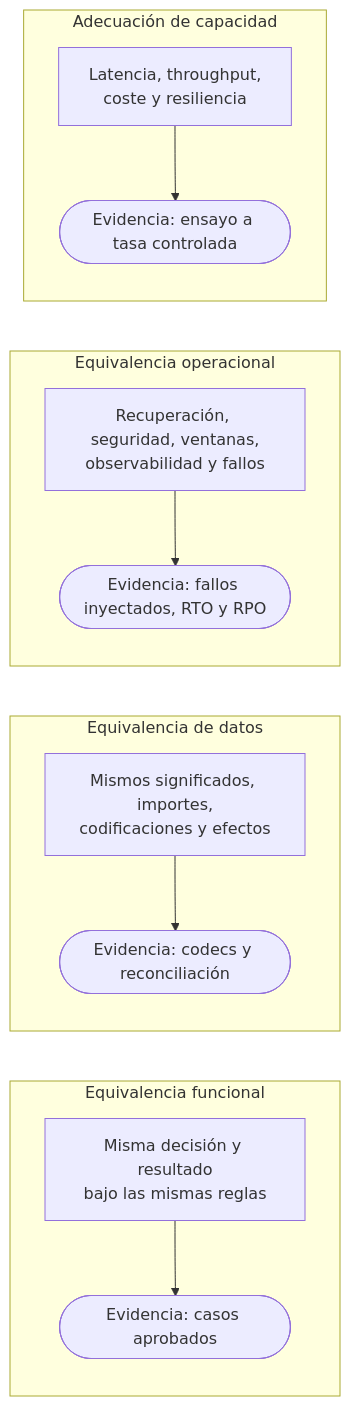
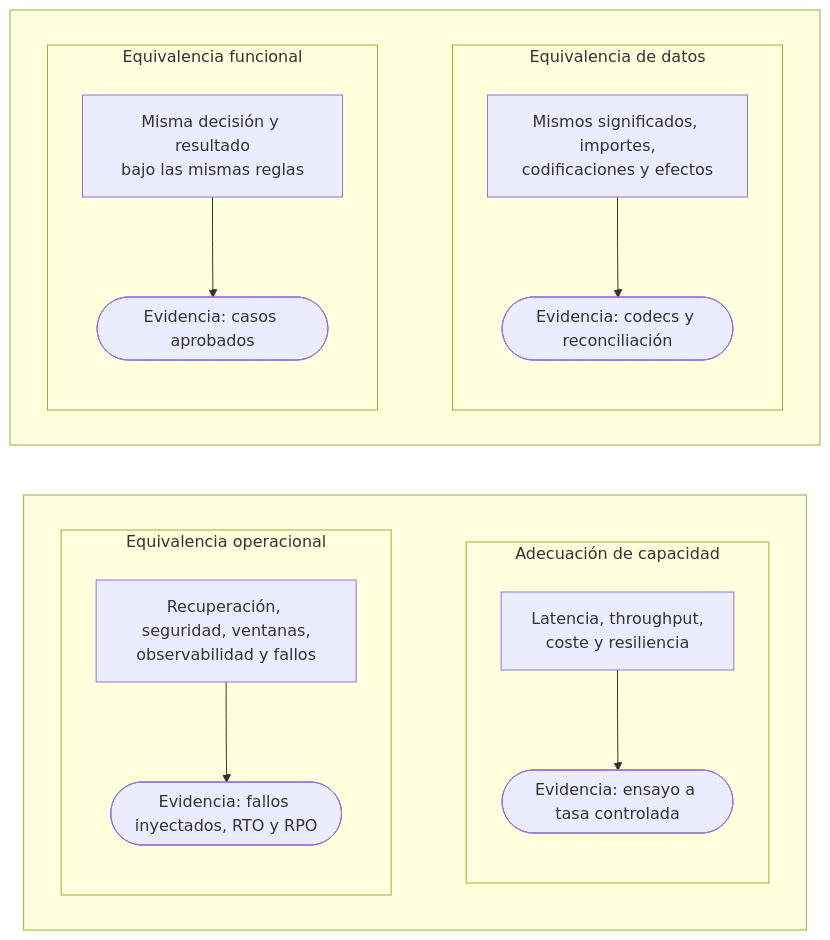
The diagram in book/figures/src/es/layers.mmd (jmfloreszazo/de-la-caja-negra-a-la-evidencia), drawn with Mermaid before and after one commit. The commit also changed 302 other files, not shown here.

```diff
--- a/book/figures/src/es/layers.mmd
+++ b/book/figures/src/es/layers.mmd
@@ -1,17 +1,26 @@
-flowchart LR
+flowchart TB
+  subgraph row1[" "]
+    direction LR
   subgraph F["Equivalencia funcional"]
     direction TB
     F1["Misma decisión y resultado<br/>bajo las mismas reglas"] --> F2(["Evidencia: casos aprobados"])
   end
   subgraph D["Equivalencia de datos"]
     direction TB
     D1["Mismos significados, importes,<br/>codificaciones y efectos"] --> D2(["Evidencia: codecs y reconciliación"])
   end
+    F ~~~ D
+  end
+  subgraph row2[" "]
+    direction LR
   subgraph O["Equivalencia operacional"]
     direction TB
     O1["Recuperación, seguridad, ventanas,<br/>observabilidad y fallos"] --> O2(["Evidencia: fallos inyectados, RTO y RPO"])
   end
   subgraph C["Adecuación de capacidad"]
     direction TB
     C1["Latencia, throughput,<br/>coste y resiliencia"] --> C2(["Evidencia: ensayo a tasa controlada"])
   end
+    O ~~~ C
+  end
+  row1 ~~~ row2
```
